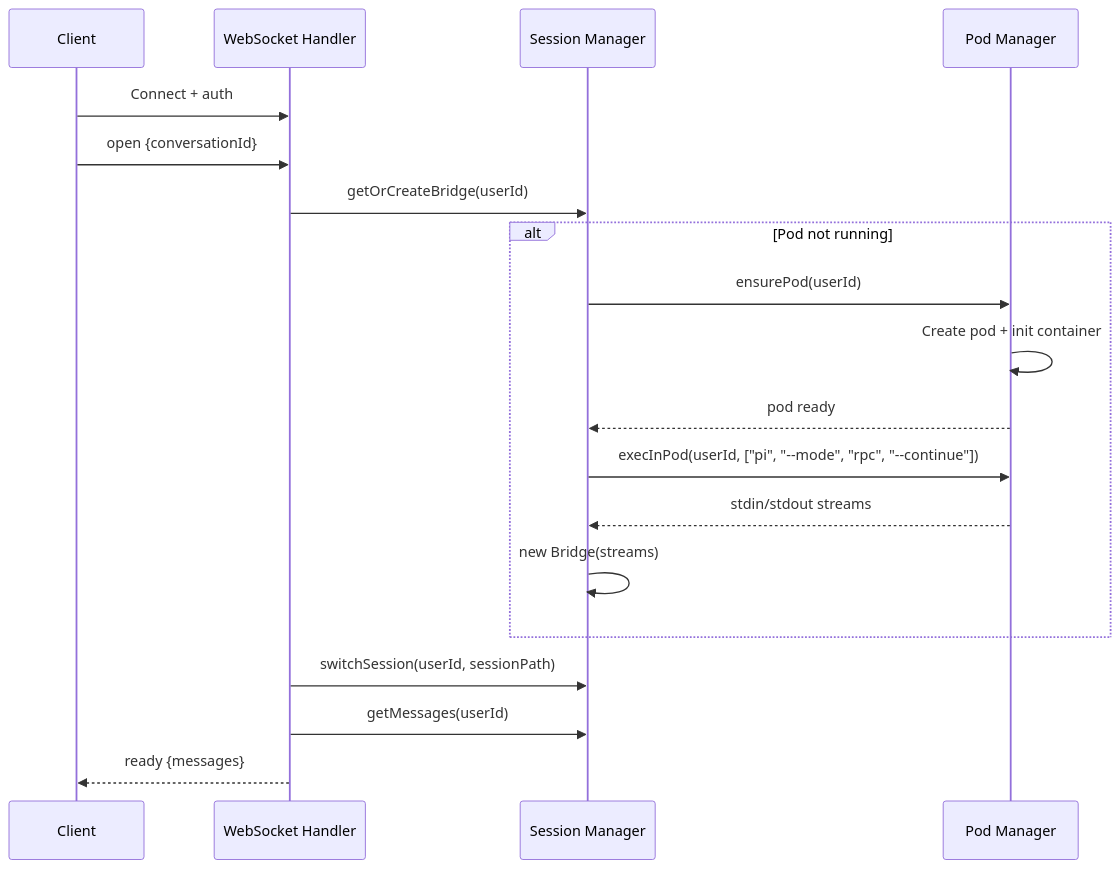
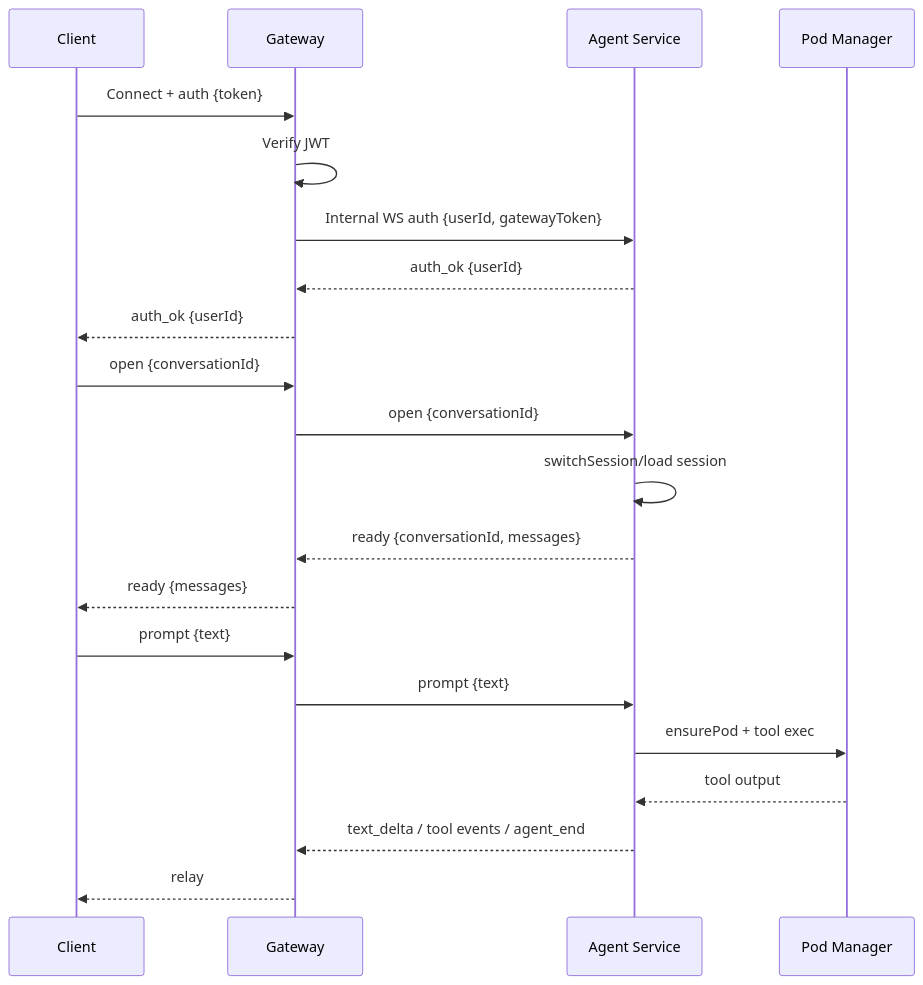
The second of 3 diagrams in docs/architecture/websocket-sessions.md (sigilmakes/goldilocks-app), drawn with Mermaid before and after one commit. The commit also changed other lines of this file and 7 other files, not shown here.

First line of the commit message:
docs: rewrite architecture docs for agent-service topology

````diff
--- a/docs/architecture/websocket-sessions.md
+++ b/docs/architecture/websocket-sessions.md
@@ -19,25 +20,26 @@
 ```mermaid
 sequenceDiagram
     participant C as Client
-    participant WS as WebSocket Handler
-    participant SM as Session Manager
+    participant GW as Gateway
+    participant AS as Agent Service
     participant PM as Pod Manager
 
-    C->>WS: Connect + auth
-    C->>WS: open {conversationId}
+    C->>GW: Connect + auth {token}
+    GW->>GW: Verify JWT
+    GW->>AS: Internal WS auth {userId, gatewayToken}
+    AS-->>GW: auth_ok {userId}
+    GW-->>C: auth_ok {userId}
 
-    WS->>SM: getOrCreateBridge(userId)
+    C->>GW: open {conversationId}
+    GW->>AS: open {conversationId}
+    AS->>AS: switchSession/load session
+    AS-->>GW: ready {conversationId, messages}
+    GW-->>C: ready {messages}
 
-    alt Pod not running
-        SM->>PM: ensurePod(userId)
-        PM->>PM: Create pod + init container
-        PM-->>SM: pod ready
-        SM->>PM: execInPod(userId, ["pi", "--mode", "rpc", "--continue"])
-        PM-->>SM: stdin/stdout streams
-        SM->>SM: new Bridge(streams)
-    end
-
-    WS->>SM: switchSession(userId, sessionPath)
-    WS->>SM: getMessages(userId)
-    WS-->>C: ready {messages}
+    C->>GW: prompt {text}
+    GW->>AS: prompt {text}
+    AS->>PM: ensurePod + tool exec
+    PM-->>AS: tool output
+    AS-->>GW: text_delta / tool events / agent_end
+    GW-->>C: relay
 ```
````
